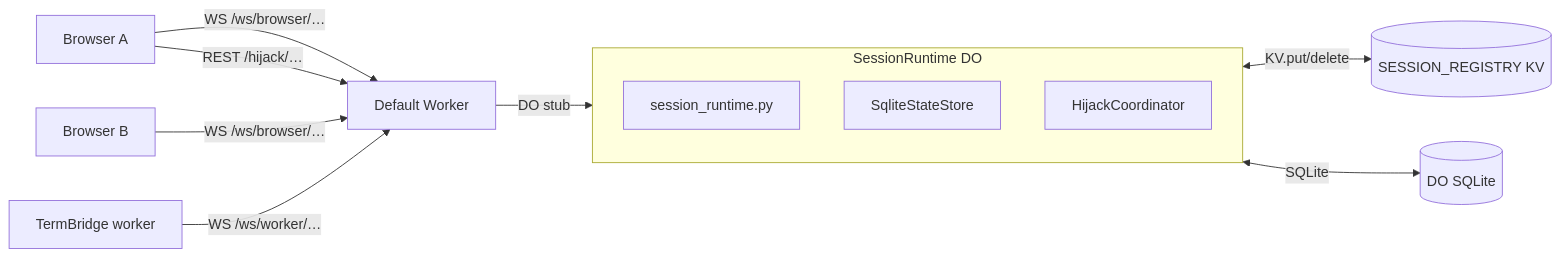
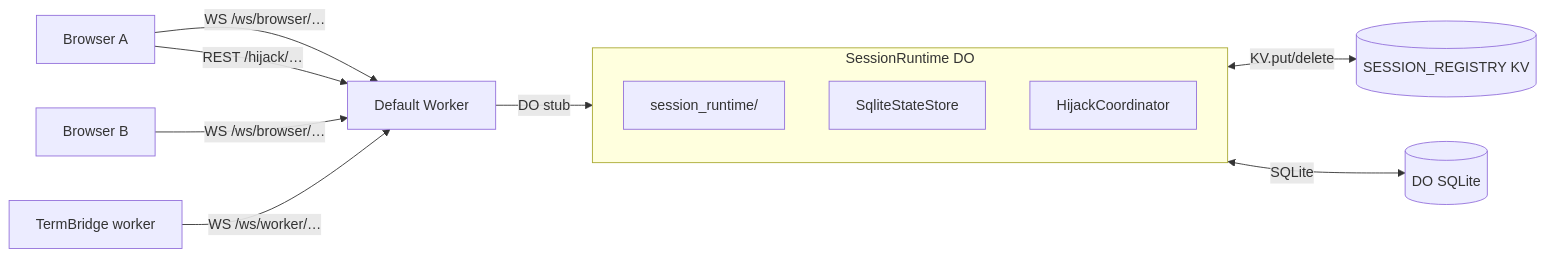
One commit to provide-io/provide-uterm changed the first of 4 diagrams in packages/provide-uterm-cloudflare/docs/cf-do-architecture.md. Above: the diagram before and after it, drawn with Mermaid. The commit also changed other lines of this file and 4 other files, not shown here.

First line of the commit message:
docs: fix accuracy round 3 (deckmux/demo READMEs, SECURITY uterm-mcp, CF DO architecture)

````diff
--- a/packages/provide-uterm-cloudflare/docs/cf-do-architecture.md
+++ b/packages/provide-uterm-cloudflare/docs/cf-do-architecture.md
@@ -10,15 +10,15 @@
 ```mermaid
 graph LR
     B1[Browser A] -->|WS /ws/browser/…| DW[Default Worker]
     B2[Browser B] -->|WS /ws/browser/…| DW
     B1 -->|REST /hijack/…| DW
     DW -->|DO stub| DO[SessionRuntime DO]
     W[TermBridge worker] -->|WS /ws/worker/…| DW
     DO <-->|KV.put/delete| KV[(SESSION_REGISTRY KV)]
     DO <-->|SQLite| DB[(DO SQLite)]
     subgraph DO[SessionRuntime DO]
-        SR[session_runtime.py]
+        SR[session_runtime/]
         SS[SqliteStateStore]
         HC[HijackCoordinator]
     end
 ```
````
